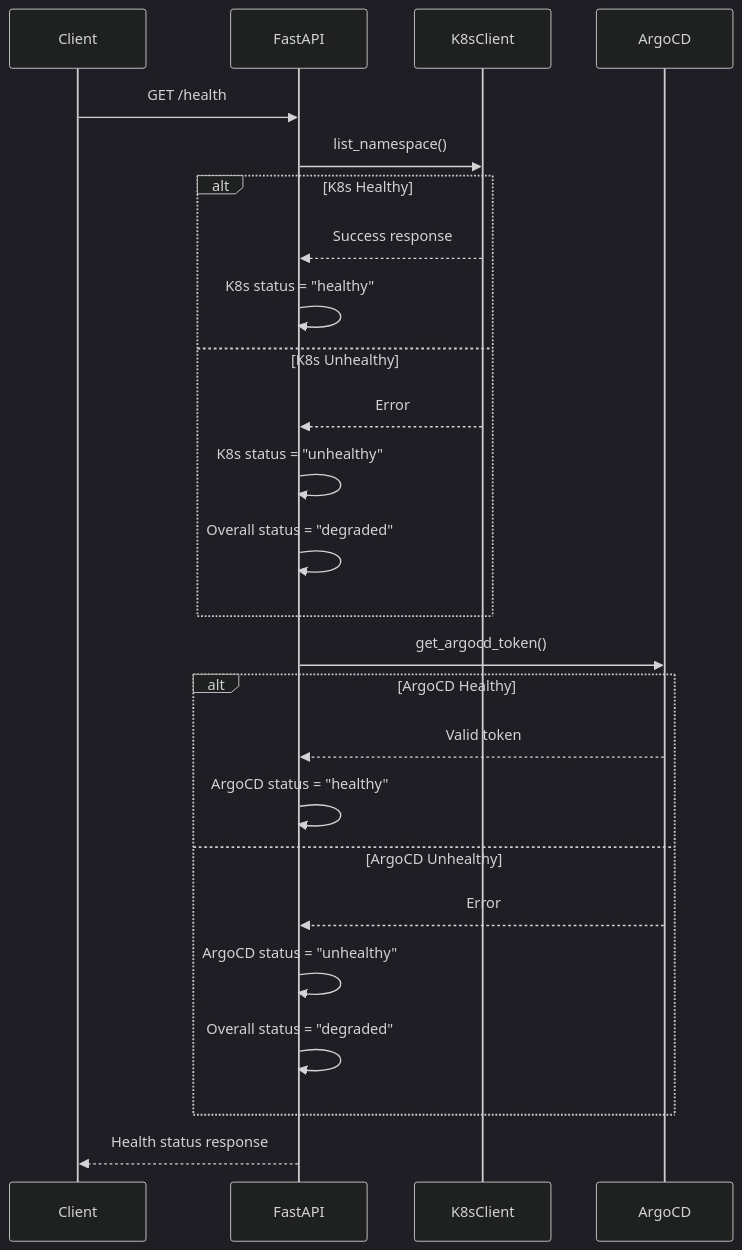
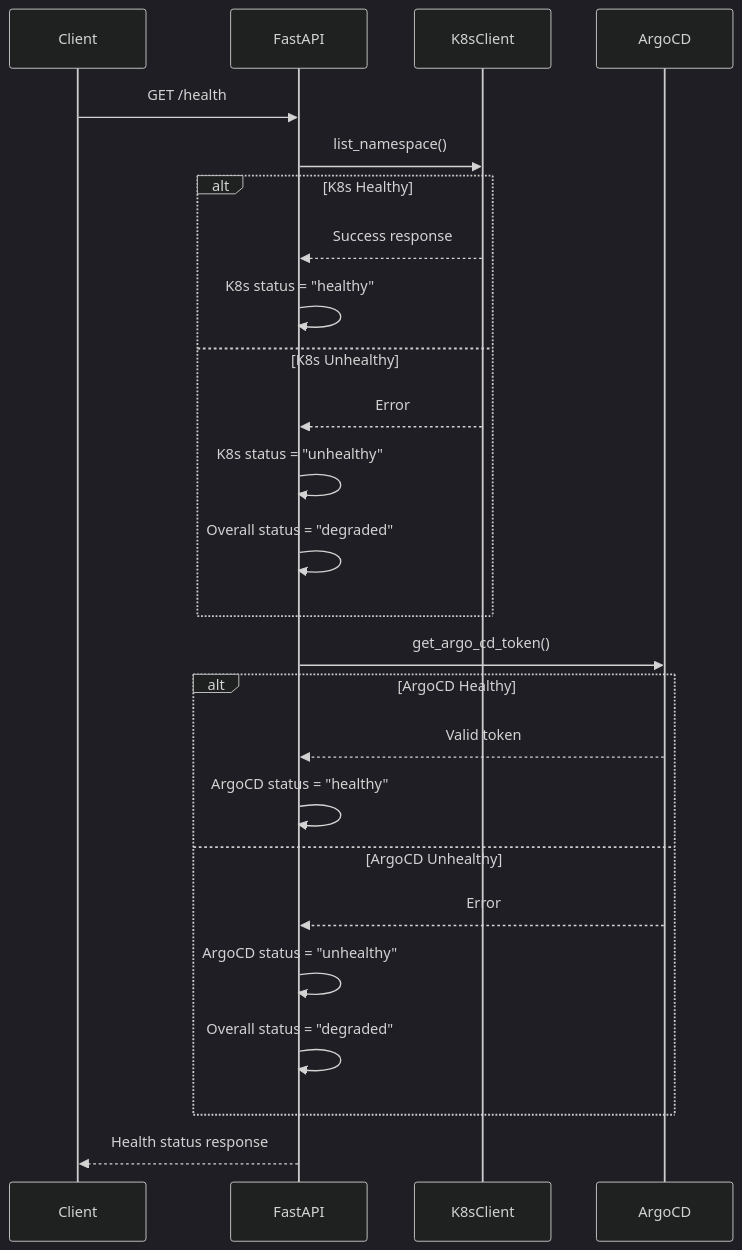
One commit to lloydchang/tvp-k8s changed the sixth of 9 diagrams in README.md. Above: the diagram before and after it, drawn with Mermaid (dark theme). The commit also changed other lines of this file and 9 other files, not shown here.

````diff
--- a/README.md
+++ b/README.md
@@ -310,32 +310,32 @@
 ```mermaid
 sequenceDiagram
     participant Client
     participant FastAPI
     participant K8sClient
     participant ArgoCD
     
     Client->>FastAPI: GET /health
     
     FastAPI->>K8sClient: list_namespace()
     alt K8s Healthy
         K8sClient-->>FastAPI: Success response
         FastAPI->>FastAPI: K8s status = "healthy"
     else K8s Unhealthy
         K8sClient-->>FastAPI: Error
         FastAPI->>FastAPI: K8s status = "unhealthy"
         FastAPI->>FastAPI: Overall status = "degraded"
     end
     
-    FastAPI->>ArgoCD: get_argocd_token()
+    FastAPI->>ArgoCD: get_argo_cd_token()
     alt ArgoCD Healthy
         ArgoCD-->>FastAPI: Valid token
         FastAPI->>FastAPI: ArgoCD status = "healthy"
     else ArgoCD Unhealthy
         ArgoCD-->>FastAPI: Error
         FastAPI->>FastAPI: ArgoCD status = "unhealthy"
         FastAPI->>FastAPI: Overall status = "degraded"
     end
     
     FastAPI-->>Client: Health status response
 
 ```
````
